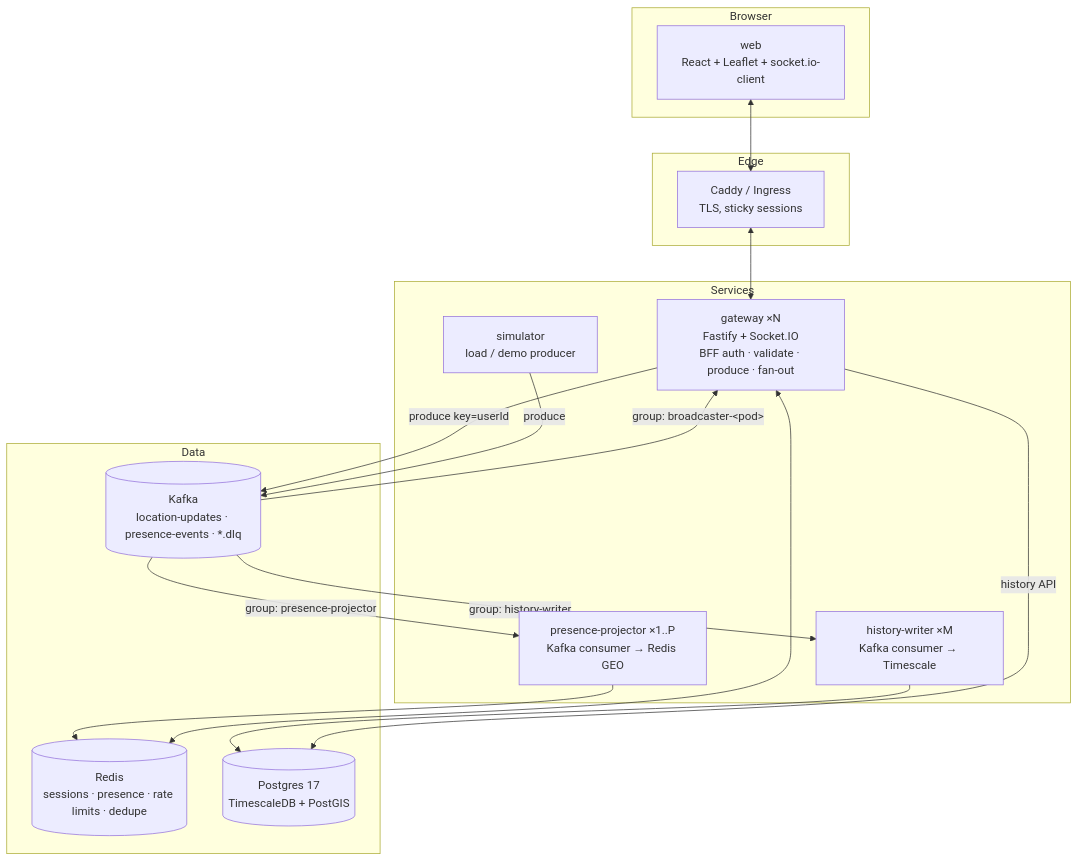
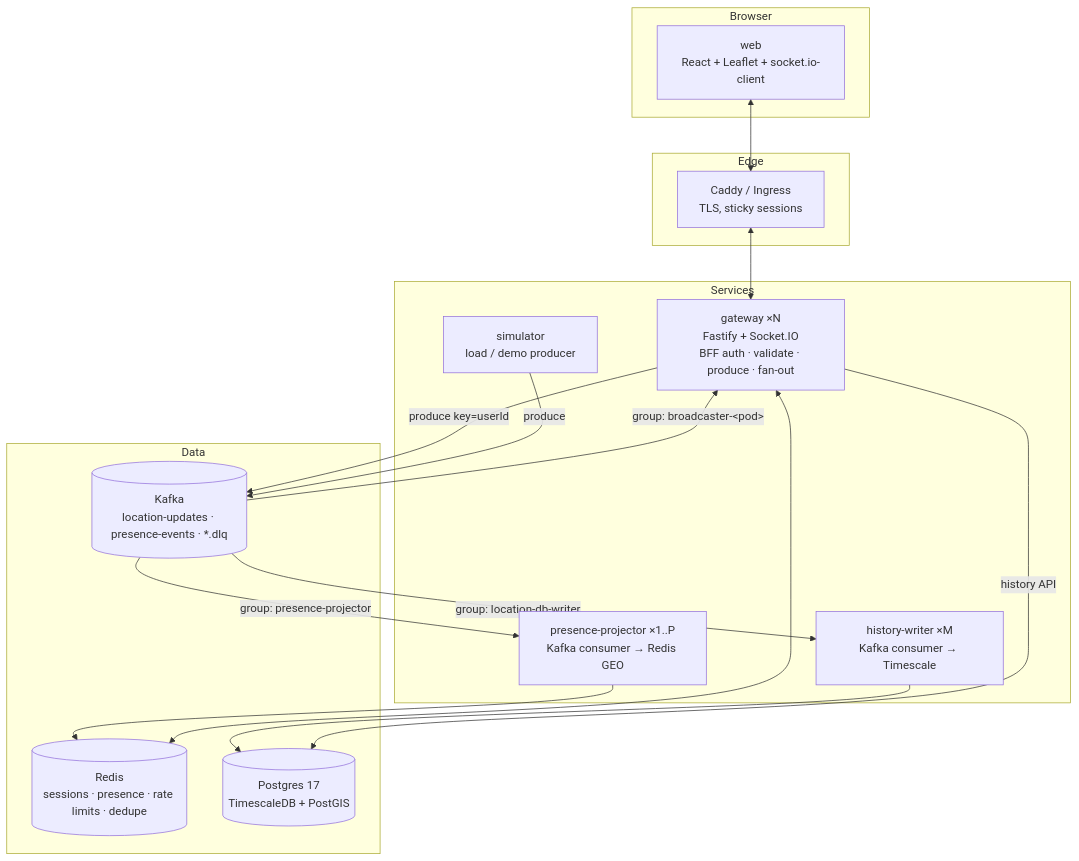
The second of 5 diagrams in docs/PLAN-COMPLETE.md (JaydeepKanzariya/live-location-tracker), drawn with Mermaid before and after one commit. The commit also changed other lines of this file and 13 other files, not shown here.

````diff
--- a/docs/PLAN-COMPLETE.md
+++ b/docs/PLAN-COMPLETE.md
@@ -276,32 +278,32 @@
 ```mermaid
 flowchart TB
   subgraph Browser
     WEB[web<br/>React + Leaflet + socket.io-client]
   end
 
   subgraph Edge
     CADDY[Caddy / Ingress<br/>TLS, sticky sessions]
   end
 
   subgraph Services
     GW[gateway ×N<br/>Fastify + Socket.IO<br/>BFF auth · validate · produce · fan-out]
     HW[history-writer ×M<br/>Kafka consumer → Timescale]
     PR[presence-projector ×1..P<br/>Kafka consumer → Redis GEO]
     SIM[simulator<br/>load / demo producer]
   end
 
   subgraph Data
     K[(Kafka<br/>location-updates · presence-events · *.dlq)]
     R[(Redis<br/>sessions · presence · rate limits · dedupe)]
     DB[(Postgres 17<br/>TimescaleDB + PostGIS)]
   end
 
   WEB <--> CADDY <--> GW
   GW -- produce key=userId --> K
   K -- group: broadcaster-&lt;pod&gt; --> GW
-  K -- group: history-writer --> HW --> DB
+  K -- group: location-db-writer --> HW --> DB
   K -- group: presence-projector --> PR --> R
   GW <--> R
   GW -- history API --> DB
   SIM -- produce --> K
 ```
````
